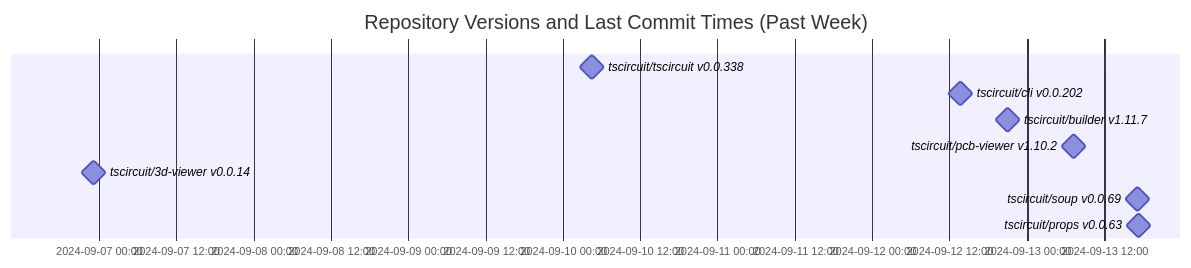
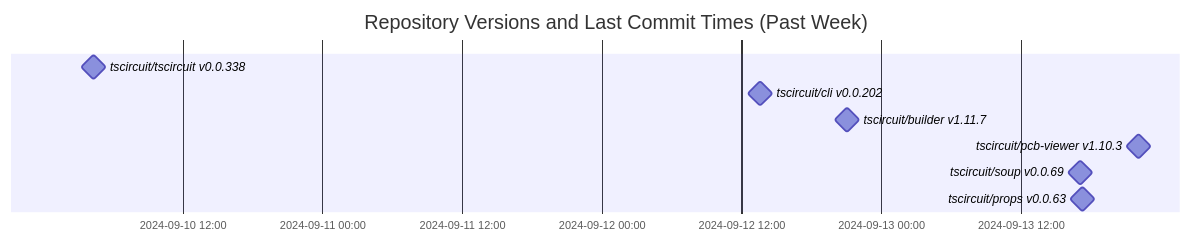
The diagram in README.md (tscircuit/version-tracker), drawn with Mermaid before and after one commit.

Commit message:
Update chart

````diff
--- a/README.md
+++ b/README.md
@@ -1,14 +1,13 @@
 ```mermaid
 gantt
   dateFormat  YYYY-MM-DD HH:mm:ss
   title Repository Versions and Last Commit Times (Past Week)
   axisFormat %Y-%m-%d %H:%M
 
   tscircuit/tscircuit v0.0.338 : milestone, 2024-09-10 04:23:10, 1s
   tscircuit/cli v0.0.202 : milestone, 2024-09-12 13:37:53, 1s
   tscircuit/builder v1.11.7 : milestone, 2024-09-12 21:03:51, 1s
-  tscircuit/pcb-viewer v1.10.2 : milestone, 2024-09-13 07:11:18, 1s
-  tscircuit/3d-viewer v0.0.14 : milestone, 2024-09-06 23:07:26, 1s
+  tscircuit/pcb-viewer v1.10.3 : milestone, 2024-09-13 22:06:50, 1s
   tscircuit/soup v0.0.69 : milestone, 2024-09-13 17:08:57, 1s
   tscircuit/props v0.0.63 : milestone, 2024-09-13 17:18:44, 1s
 ```
````
